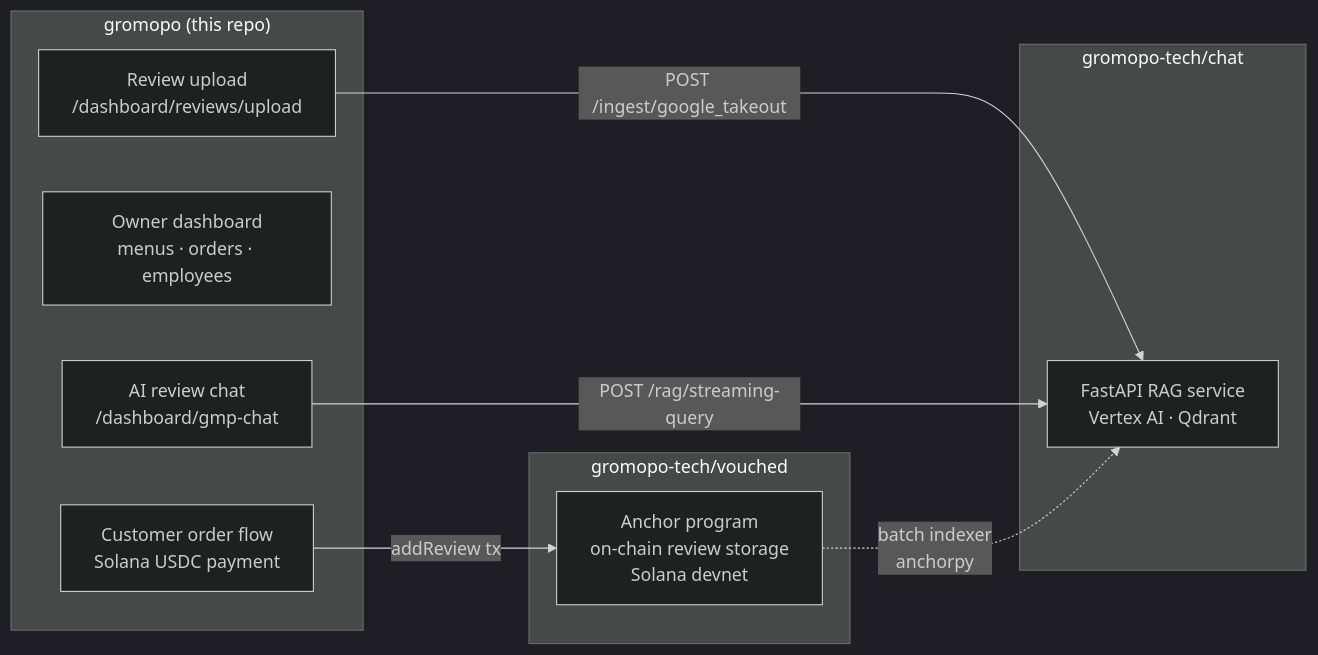
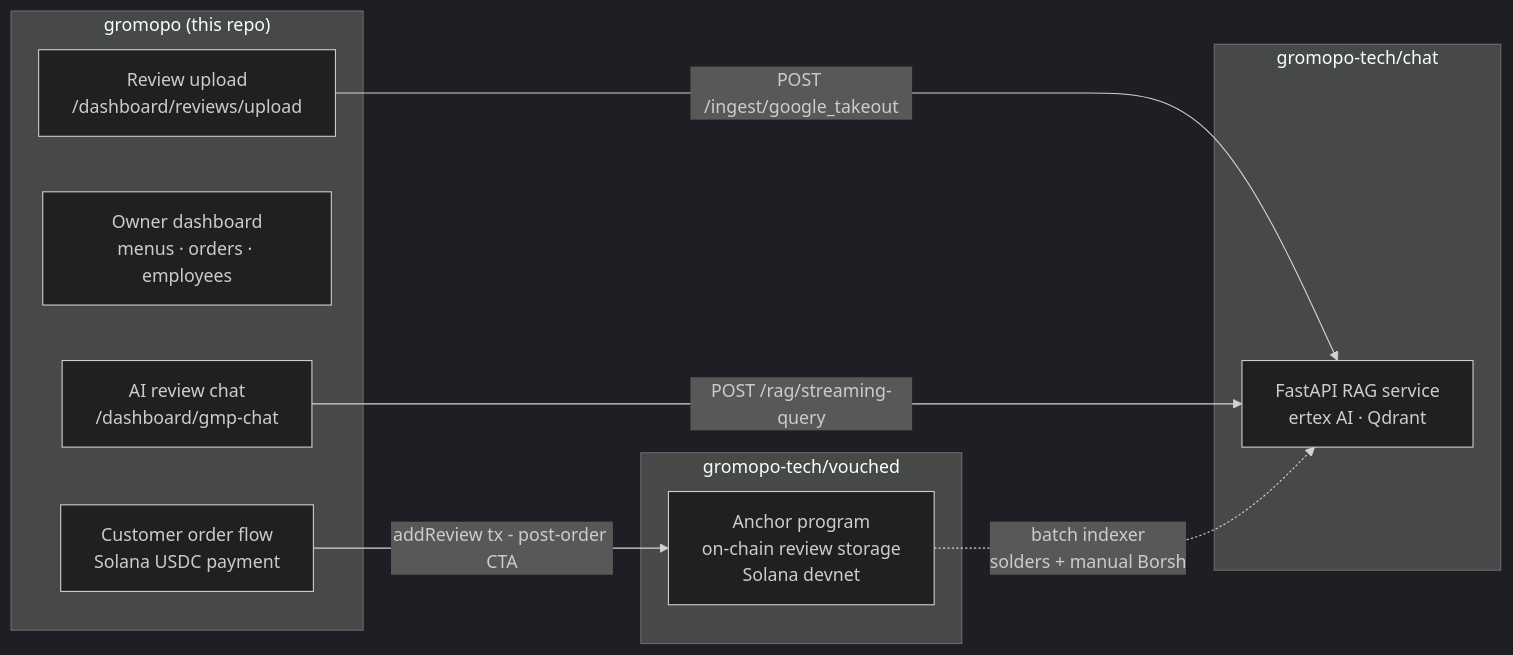
The diagram in README.md (gromopo-tech/gromopo), drawn with Mermaid (dark theme) before and after one commit. The commit also changed 6 other files, not shown here.

````diff
--- a/README.md
+++ b/README.md
@@ -20,22 +20,22 @@
 ```mermaid
 flowchart LR
     subgraph gromopo ["gromopo (this repo)"]
-        A[Customer order flow\nSolana USDC payment]
-        B[Owner dashboard\nmenus · orders · employees]
-        C[AI review chat\n/dashboard/gmp-chat]
-        D[Review upload\n/dashboard/reviews/upload]
+        A[Customer order flow<br/>Solana USDC payment]
+        B[Owner dashboard<br/>menus · orders · employees]
+        C[AI review chat<br/>/dashboard/gmp-chat]
+        D[Review upload<br/>/dashboard/reviews/upload]
     end
 
     subgraph chat ["gromopo-tech/chat"]
-        E[FastAPI RAG service\nVertex AI · Qdrant]
+        E[FastAPI RAG service<br/>ertex AI · Qdrant]
     end
 
     subgraph vouched ["gromopo-tech/vouched"]
-        F[Anchor program\non-chain review storage\nSolana devnet]
+        F[Anchor program<br/>on-chain review storage<br/>Solana devnet]
     end
 
-    A -->|addReview tx| F
+    A -->|addReview tx - post-order CTA| F
     D -->|POST /ingest/google_takeout| E
     C -->|POST /rag/streaming-query| E
-    F -.->|batch indexer\nanchorpy| E
+    F -.->|batch indexer<br/>solders + manual Borsh| E
 ```
````
